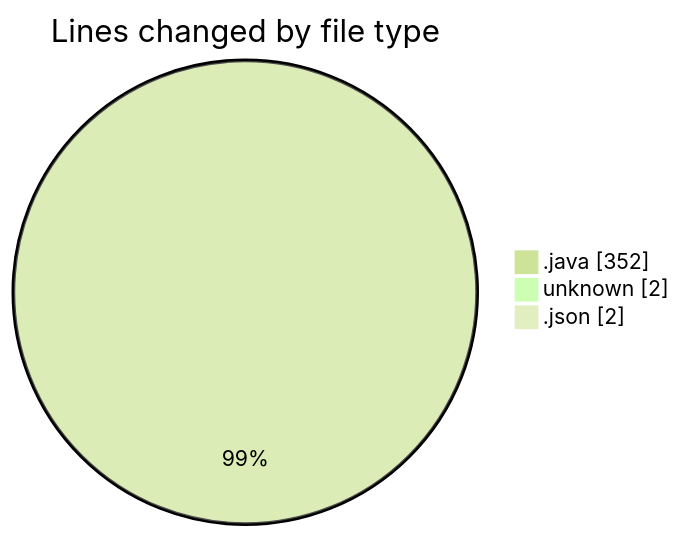
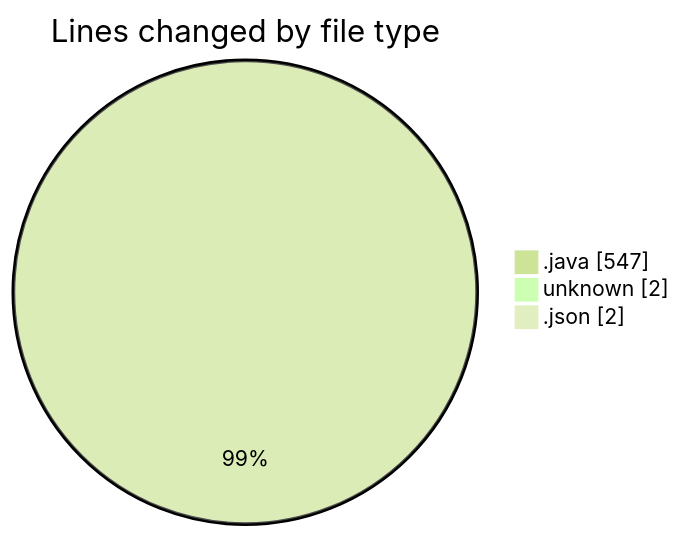
One commit to ricardozamudiocil/code-tracking changed the first of 2 diagrams in 2026-04-10/cilapp/README.md. Above: the diagram before and after it, drawn with Mermaid (forest theme). The commit also changed other lines of this file and 1 other file, not shown here.

````diff
--- a/2026-04-10/cilapp/README.md
+++ b/2026-04-10/cilapp/README.md
@@ -27,7 +28,7 @@
 ```mermaid
 pie showData
 title Lines changed by file type
-".java" : 352
+".java" : 547
 "unknown" : 2
 ".json" : 2
 ```
````
